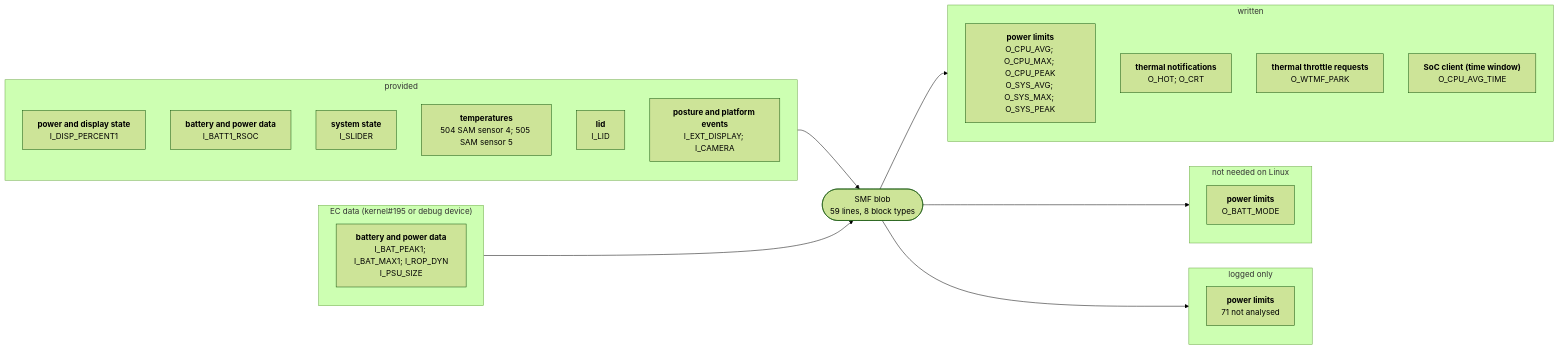
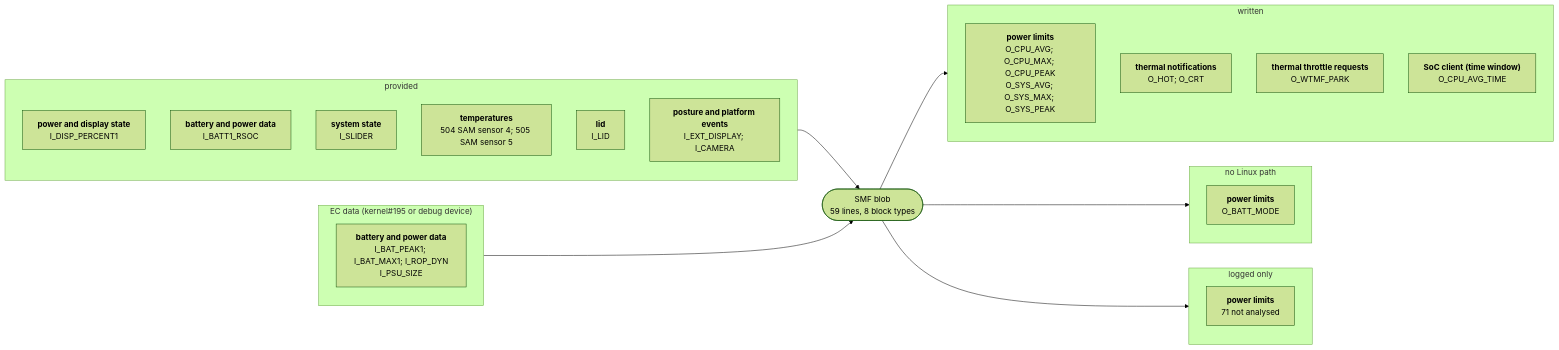
Before and after one commit to larsschellhas/linux-surface-power: the diagram in docs/devices/surface-go-3.md, drawn with Mermaid (forest theme). The commit also changed other lines of this file and 41 other files, not shown here.

````diff
--- a/docs/devices/surface-go-3.md
+++ b/docs/devices/surface-go-3.md
@@ -19,32 +19,32 @@
 ```mermaid
 flowchart LR
     subgraph IN0["provided"]
         I0_1FB53D4C["<b>power and display state</b><br/>I_DISP_PERCENT1"]
         I0_28B7BD85["<b>battery and power data</b><br/>I_BATT1_RSOC"]
         I0_2DD6960F["<b>system state</b><br/>I_SLIDER"]
         I0_2E8B14C2["<b>temperatures</b><br/>504 SAM sensor 4; 505 SAM sensor 5"]
         I0_5D0EE597["<b>lid</b><br/>I_LID"]
         I0_8060B17F["<b>posture and platform events</b><br/>I_EXT_DISPLAY; I_CAMERA"]
     end
     IN0 --> B
     subgraph IN1["EC data (kernel#195 or debug device)"]
         I1_28B7BD85["<b>battery and power data</b><br/>I_BAT_PEAK1; I_BAT_MAX1; I_ROP_DYN<br/>I_PSU_SIZE"]
     end
     IN1 --> B
     B(["SMF blob<br/>59 lines, 8 block types"])
     subgraph OUT0["written"]
         O0_0B7B5350["<b>power limits</b><br/>O_CPU_AVG; O_CPU_MAX; O_CPU_PEAK<br/>O_SYS_AVG; O_SYS_MAX; O_SYS_PEAK"]
         O0_110DF2A4["<b>thermal notifications</b><br/>O_HOT; O_CRT"]
         O0_9BBB8910["<b>thermal throttle requests</b><br/>O_WTMF_PARK"]
         O0_CF2F6076["<b>SoC client (time window)</b><br/>O_CPU_AVG_TIME"]
     end
     B --> OUT0
-    subgraph OUT1["not needed on Linux"]
+    subgraph OUT1["no Linux path"]
         O1_0B7B5350["<b>power limits</b><br/>O_BATT_MODE"]
     end
     B --> OUT1
     subgraph OUT2["logged only"]
         O2_0B7B5350["<b>power limits</b><br/>71 not analysed"]
     end
     B --> OUT2
 ```
````
